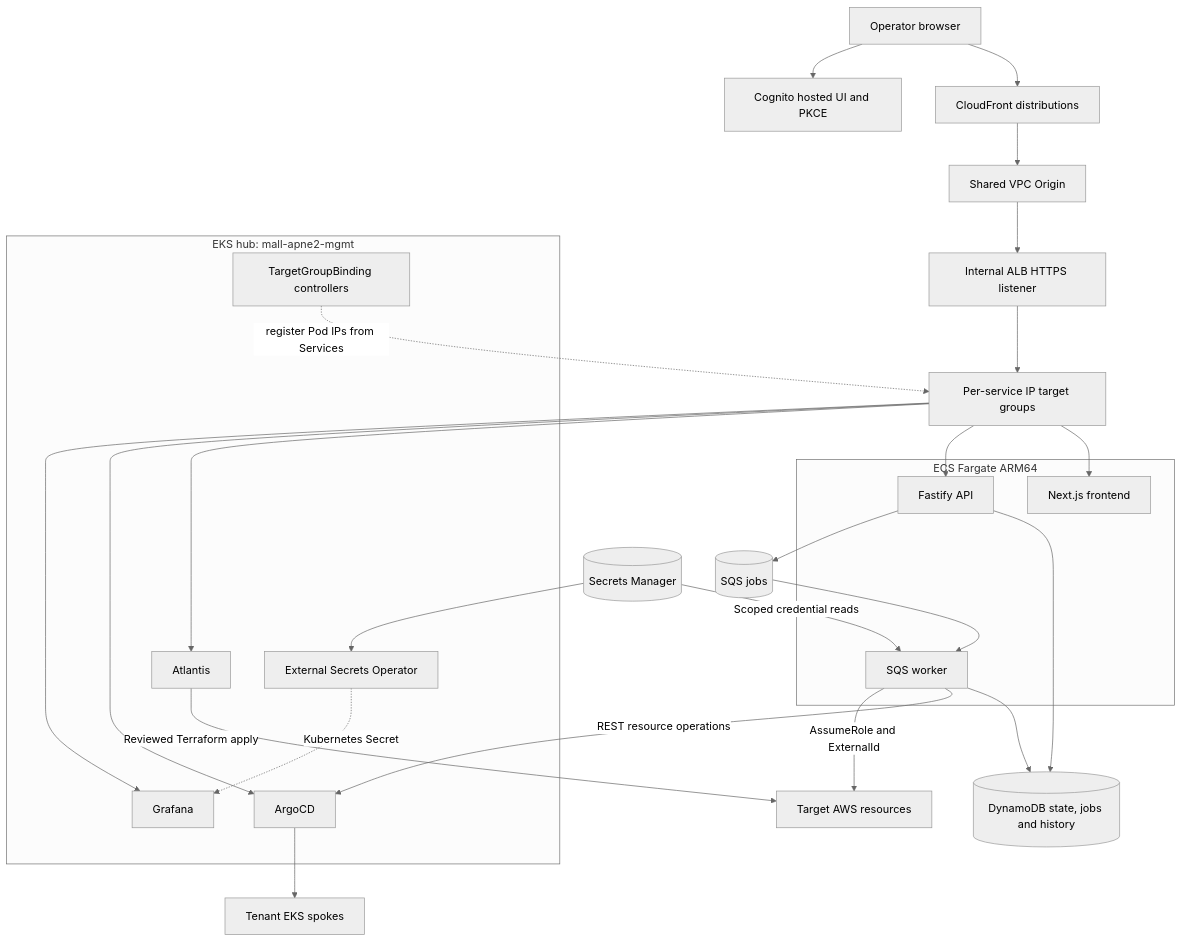
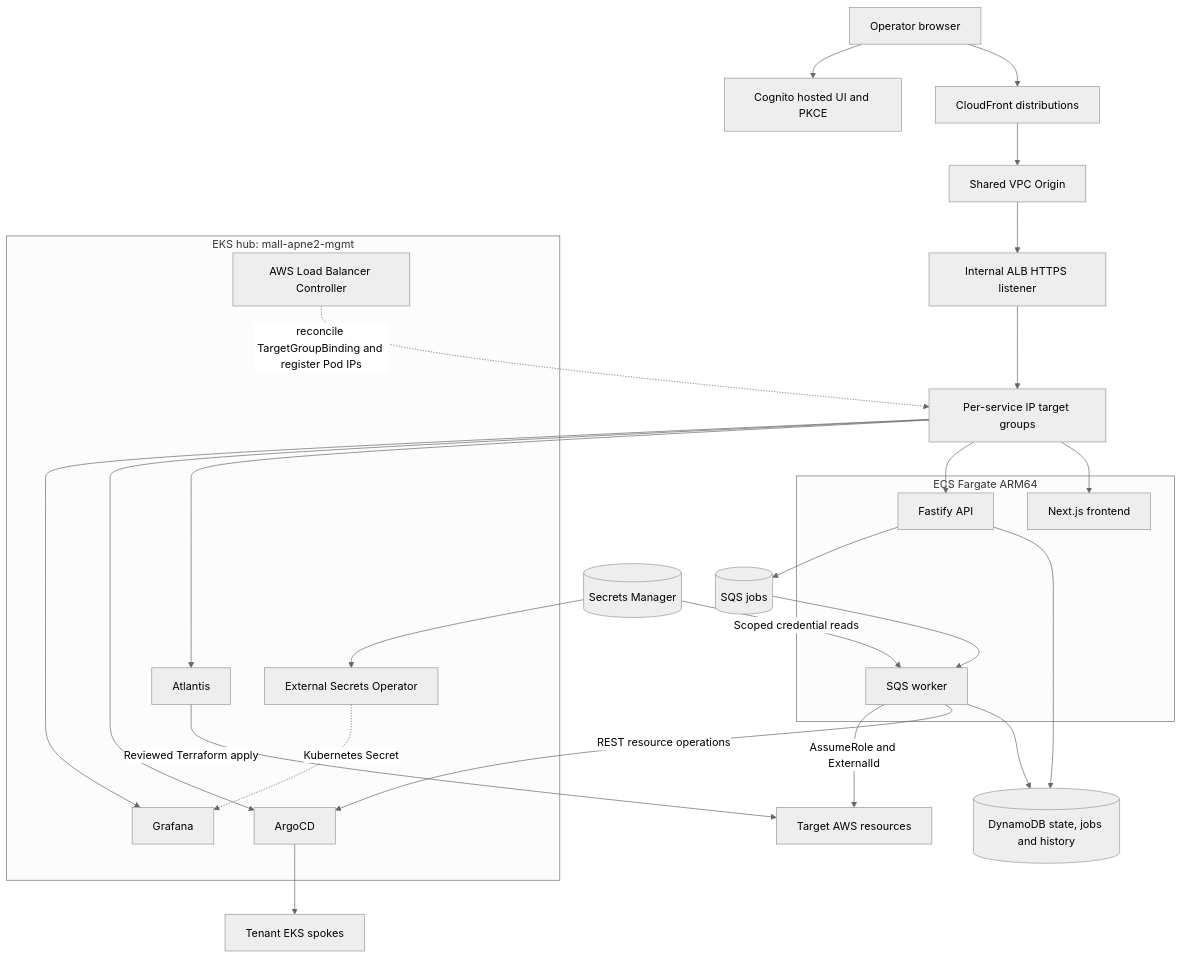
Before and after one commit to Atom-oh/AWS-Demo-Platform: the diagram in docs/architecture.md, drawn with Mermaid (neutral theme). The commit also changed other lines of this file and 17 other files, not shown here.

````diff
--- a/docs/architecture.md
+++ b/docs/architecture.md
@@ -58,39 +58,39 @@
 ```mermaid
 flowchart TB
   Browser[Operator browser] --> CF[CloudFront distributions]
   Browser --> Cognito[Cognito hosted UI and PKCE]
   CF --> VO[Shared VPC Origin]
   VO --> ALB[Internal ALB HTTPS listener]
   ALB --> TG[Per-service IP target groups]
 
   subgraph ECS[ECS Fargate ARM64]
     FE[Next.js frontend]
     API[Fastify API]
     Worker[SQS worker]
   end
   subgraph Hub[EKS hub: mall-apne2-mgmt]
     Atlantis[Atlantis]
     ArgoCD[ArgoCD]
     Grafana[Grafana]
-    TGB[TargetGroupBinding controllers]
+    LBC[AWS Load Balancer Controller]
     ESO[External Secrets Operator]
   end
 
   TG --> FE
   TG --> API
   TG --> Atlantis
   TG --> ArgoCD
   TG --> Grafana
-  TGB -. register Pod IPs from Services .-> TG
+  LBC -. reconcile TargetGroupBinding and register Pod IPs .-> TG
   API --> DDB[(DynamoDB state, jobs and history)]
   API --> SQS[(SQS jobs)]
   SQS --> Worker
   Worker --> DDB
   Worker -->|REST resource operations| ArgoCD
   Worker -->|AssumeRole and ExternalId| Accounts[Target AWS resources]
   Atlantis -->|Reviewed Terraform apply| Accounts
   ArgoCD --> Spokes[Tenant EKS spokes]
   SM[(Secrets Manager)] --> ESO
   SM -->|Scoped credential reads| Worker
   ESO -. Kubernetes Secret .-> Grafana
 ```
````
